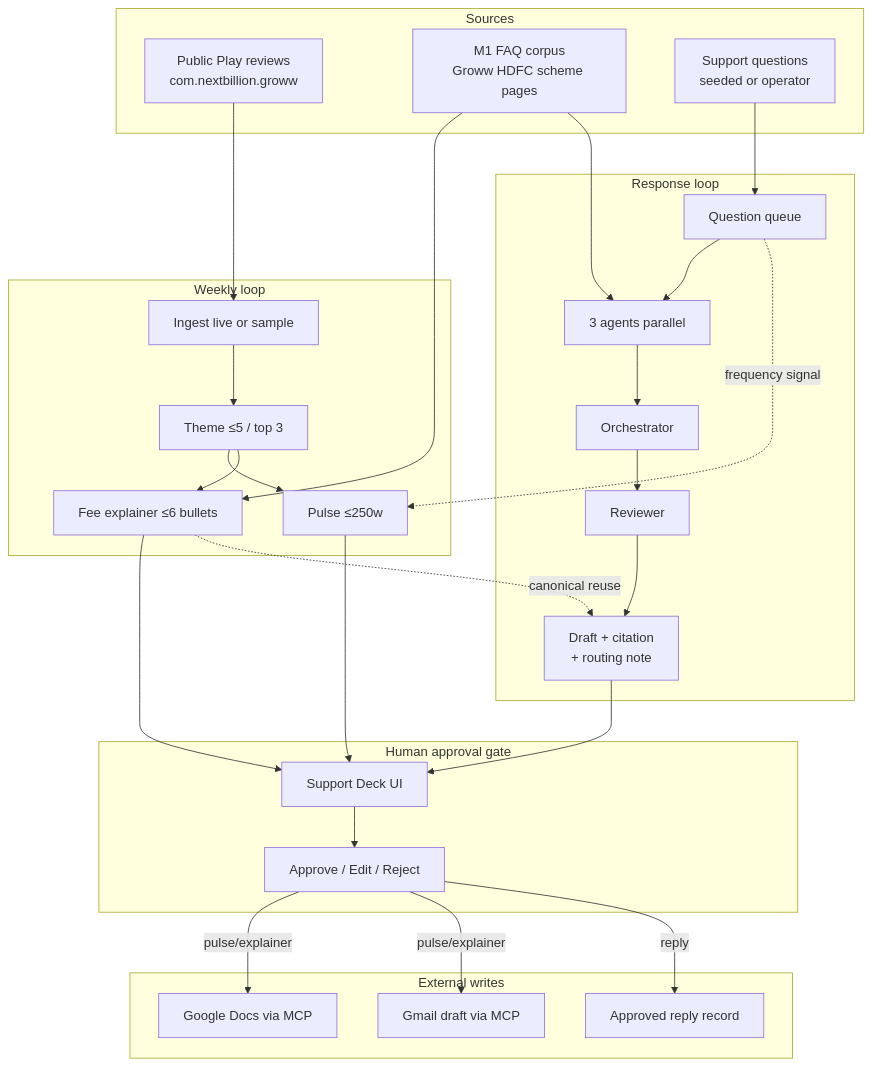
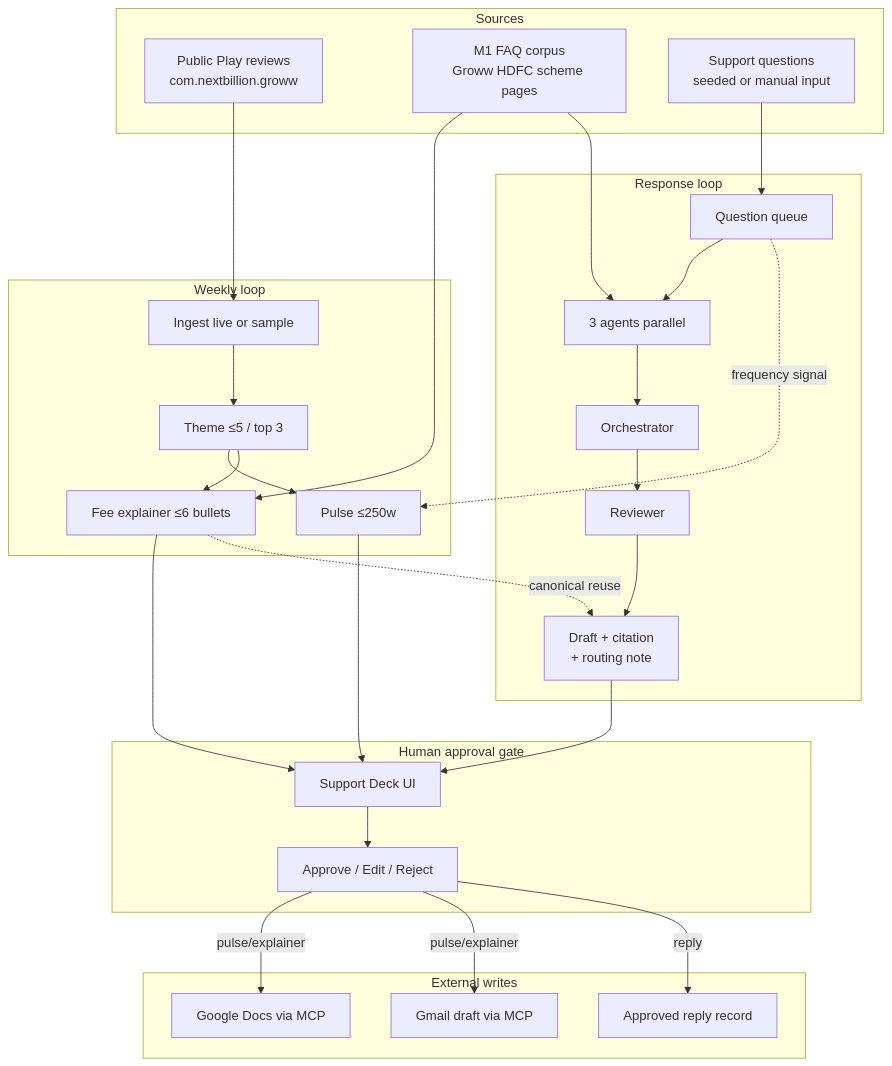
Before and after one commit to FallenOne1701/CapStone-Project-PC: the first of 5 diagrams in DOCS-AI-Agent-Support-Deck/Architecture.md, drawn with Mermaid. The commit also changed other lines of this file and 38 other files, not shown here.

First line of the commit message:
feat(support-deck): persist agent_package and show Queue transparency panels

````diff
--- a/DOCS-AI-Agent-Support-Deck/Architecture.md
+++ b/DOCS-AI-Agent-Support-Deck/Architecture.md
@@ -45,50 +45,50 @@
 ```mermaid
 flowchart TB
   subgraph Sources["Sources"]
     Play["Public Play reviews\ncom.nextbillion.groww"]
     Corpus["M1 FAQ corpus\nGroww HDFC scheme pages"]
-    QueueIn["Support questions\nseeded or operator"]
+    QueueIn["Support questions\nseeded or manual input"]
   end
 
   subgraph Weekly["Weekly loop"]
     Ingest["Ingest live or sample"]
     Theme["Theme ≤5 / top 3"]
     PulseArt["Pulse ≤250w"]
     FeeExp["Fee explainer ≤6 bullets"]
   end
 
   subgraph Response["Response loop"]
     Q["Question queue"]
     Agents["3 agents parallel"]
     Orch["Orchestrator"]
     Rev["Reviewer"]
     Draft["Draft + citation\n+ routing note"]
   end
 
   subgraph Gate["Human approval gate"]
     UI["Support Deck UI"]
     Approve["Approve / Edit / Reject"]
   end
 
   subgraph Out["External writes"]
     Docs["Google Docs via MCP"]
     Mail["Gmail draft via MCP"]
     Reply["Approved reply record"]
   end
 
   Play --> Ingest --> Theme --> PulseArt
   Theme --> FeeExp
   Corpus --> FeeExp
   Corpus --> Agents
   QueueIn --> Q --> Agents --> Orch --> Rev --> Draft
   PulseArt --> UI
   FeeExp --> UI
   Draft --> UI
   UI --> Approve
   Approve -->|pulse/explainer| Docs
   Approve -->|pulse/explainer| Mail
   Approve -->|reply| Reply
 
   Q -.->|frequency signal| PulseArt
   FeeExp -.->|canonical reuse| Draft
 ```
````
